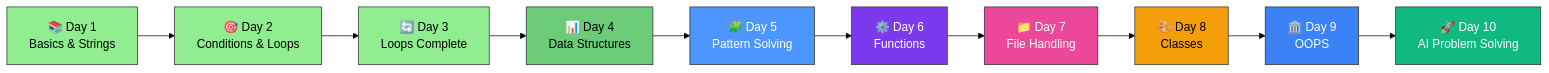
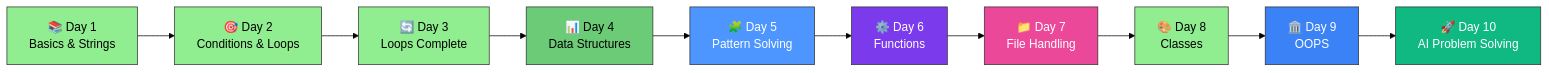
Before and after one commit to Shivambansal96/Python-SVCE-Tirupati: the diagram in Readme.md, drawn with Mermaid (forest theme). The commit also changed other lines of this file and 2 other files, not shown here.

````diff
--- a/Readme.md
+++ b/Readme.md
@@ -160,23 +174,23 @@
 ```mermaid
 graph LR
     A["📚 Day 1<br/>Basics & Strings"] --> B["🎯 Day 2<br/>Conditions & Loops"]
     B --> C["🔄 Day 3<br/>Loops Complete"]
     C --> D["📊 Day 4<br/>Data Structures"]
     D --> E["🧩 Day 5<br/>Pattern Solving"]
     E --> F["⚙️ Day 6<br/>Functions"]
     F --> G["📁 Day 7<br/>File Handling"]
     G --> H["🎨 Day 8<br/>Classes"]
     H --> I["🏛️ Day 9<br/>OOPS"]
     I --> J["🚀 Day 10<br/>AI Problem Solving"]
     
     style A fill:#90EE90,stroke:#333,color:#000
     style B fill:#90EE90,stroke:#333,color:#000
     style C fill:#90EE90,stroke:#333,color:#000
     style D fill:#6BCB77,stroke:#333,color:#000
     style E fill:#4D96FF,stroke:#333,color:#fff
     style F fill:#7C3AED,stroke:#333,color:#fff
     style G fill:#EC4899,stroke:#333,color:#fff
-    style H fill:#F59E0B,stroke:#333,color:#000
+    style H fill:#90EE90,stroke:#333,color:#000
     style I fill:#3B82F6,stroke:#333,color:#fff
     style J fill:#10B981,stroke:#333,color:#fff
 ```
````
